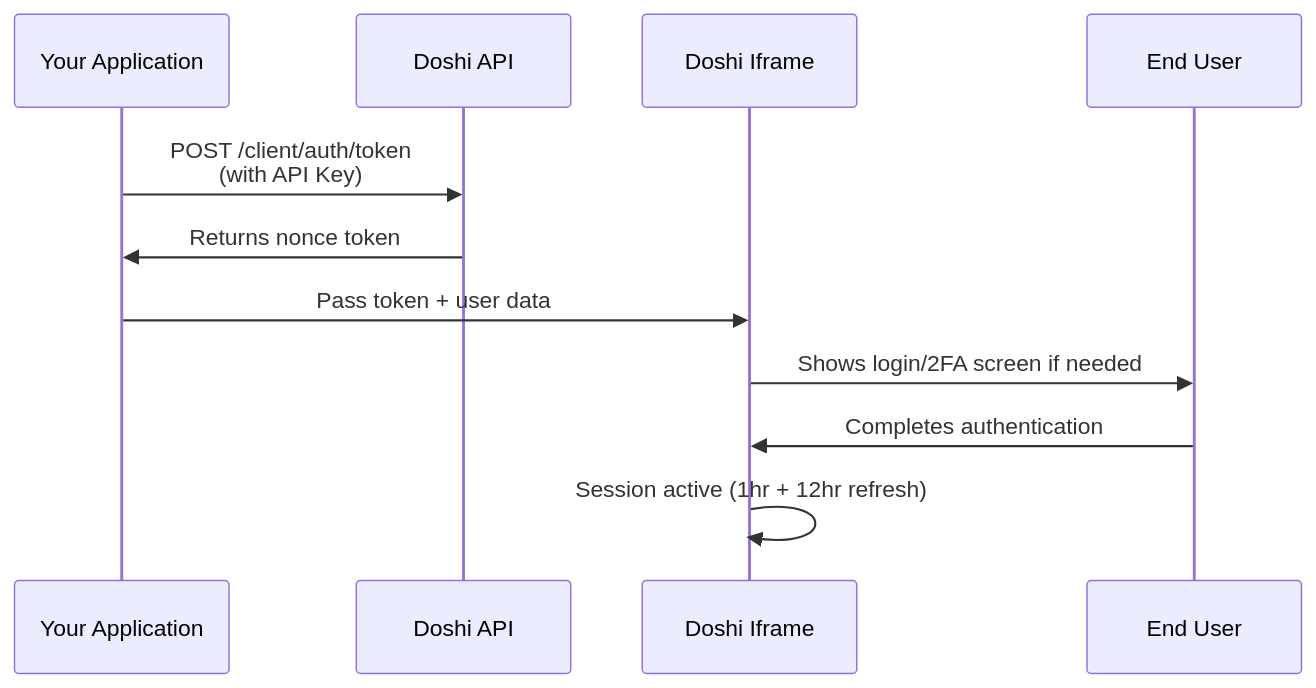
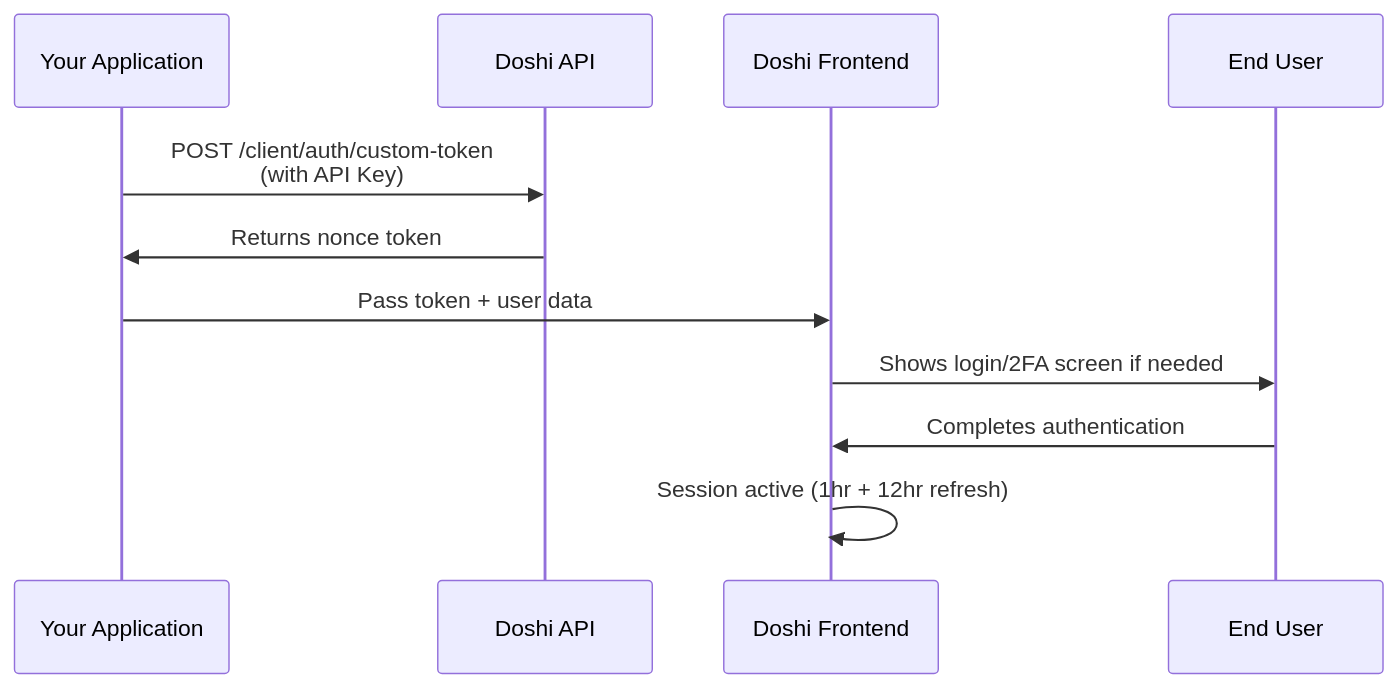
The diagram in webview/quickstart.mdx (chetanvermadoshi/docs), drawn with Mermaid before and after one commit. The commit also changed other lines of this file and 2 other files, not shown here.

````diff
--- a/webview/quickstart.mdx
+++ b/webview/quickstart.mdx
@@ -29,14 +37,14 @@
 ```mermaid
 sequenceDiagram
     participant Client as Your Application
     participant API as Doshi API
-    participant Iframe as Doshi Iframe
+    participant Frontend as Doshi Frontend
     participant User as End User
 
-    Client->>API: POST /client/auth/token<br/>(with API Key)
+    Client->>API: POST /client/auth/custom-token<br/>(with API Key)
     API->>Client: Returns nonce token
-    Client->>Iframe: Pass token + user data
-    Iframe->>User: Shows login/2FA screen if needed
-    User->>Iframe: Completes authentication
-    Iframe->>Iframe: Session active (1hr + 12hr refresh)
+    Client->>Frontend: Pass token + user data
+    Frontend->>User: Shows login/2FA screen if needed
+    User->>Frontend: Completes authentication
+    Frontend->>Frontend: Session active (1hr + 12hr refresh)
 ```
````
